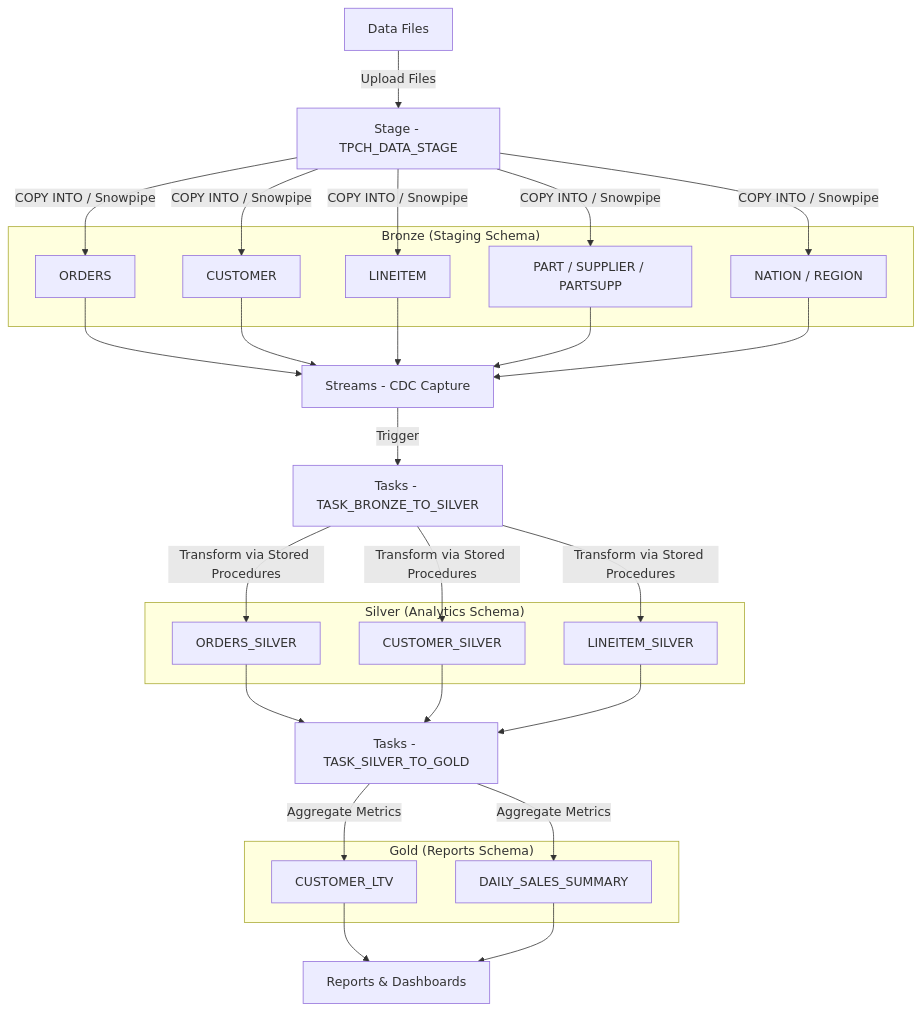
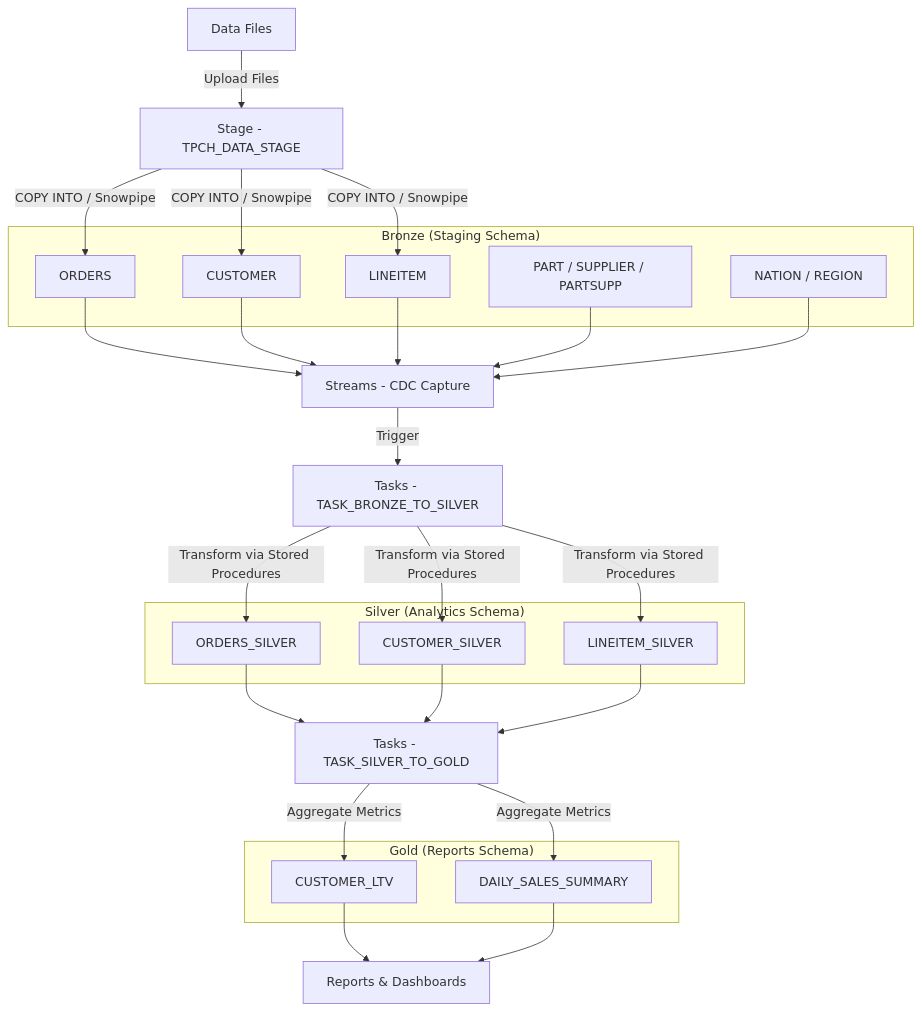
One commit to thuuyen109/snowflake-tpch-analytics changed the diagram in README.md. Above: the diagram before and after it, drawn with Mermaid. The commit also changed other lines of this file, not shown here.

Commit message:
update mermaid

````diff
--- a/README.md
+++ b/README.md
@@ -34,61 +34,59 @@
 ```mermaid
 flowchart TD
     A["Data Files"]
     B["Stage - TPCH_DATA_STAGE"]
 
     subgraph BRONZE["Bronze (Staging Schema)"]
         B1["ORDERS"]
         B2["CUSTOMER"]
         B3["LINEITEM"]
         B4["PART / SUPPLIER / PARTSUPP"]
         B5["NATION / REGION"]
     end
 
     C["Streams - CDC Capture"]
     D["Tasks - TASK_BRONZE_TO_SILVER"]
 
     subgraph SILVER["Silver (Analytics Schema)"]
         S1["ORDERS_SILVER"]
         S2["CUSTOMER_SILVER"]
         S3["LINEITEM_SILVER"]
     end
 
     E["Tasks - TASK_SILVER_TO_GOLD"]
 
     subgraph GOLD["Gold (Reports Schema)"]
         G1["CUSTOMER_LTV"]
         G2["DAILY_SALES_SUMMARY"]
     end
 
     F["Reports & Dashboards"]
 
     A -->|Upload Files| B
     B -->|COPY INTO / Snowpipe| B1
     B -->|COPY INTO / Snowpipe| B2
     B -->|COPY INTO / Snowpipe| B3
-    B -->|COPY INTO / Snowpipe| B4
-    B -->|COPY INTO / Snowpipe| B5
 
     B1 --> C
     B2 --> C
     B3 --> C
     B4 --> C
     B5 --> C
 
     C -->|Trigger| D
     D -->|Transform via Stored Procedures| S1
     D -->|Transform via Stored Procedures| S2
     D -->|Transform via Stored Procedures| S3
 
     S1 --> E
     S2 --> E
     S3 --> E
 
     E -->|Aggregate Metrics| G1
     E -->|Aggregate Metrics| G2
 
     G1 --> F
     G2 --> F
 
 
 ```
````
